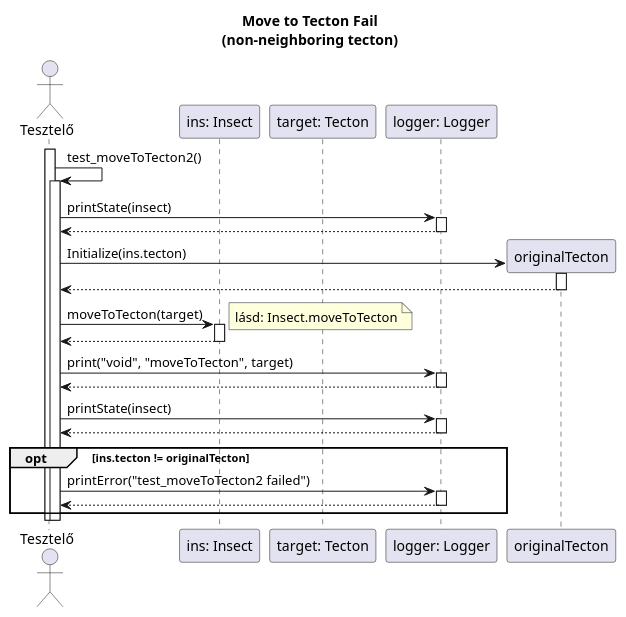
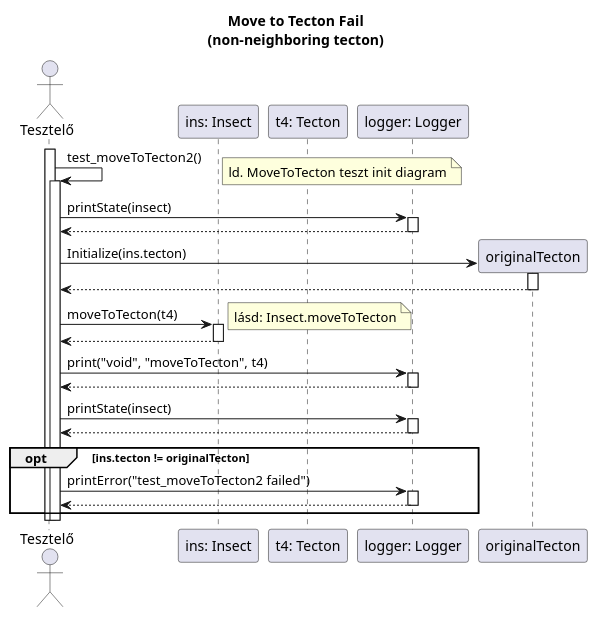
One commit to dzsem/projlab changed the diagram in diagrams/test-sequence/insect/moveToTecton2.plantuml. Above: the diagram before and after it, drawn with PlantUML. The commit also changed 5 other files, not shown here.

```diff
--- a/diagrams/test-sequence/insect/moveToTecton2.plantuml
+++ b/diagrams/test-sequence/insect/moveToTecton2.plantuml
@@ -1,57 +1,58 @@
 @startuml test_moveToTecton2
 
 title Move to Tecton Fail\n(non-neighboring tecton)
 
 actor "Tesztelő" as t
 participant "ins: Insect" as i
-participant "target: Tecton" as target
+participant "t4: Tecton" as t4
 participant "logger: Logger" as logger
 
 activate t
 t -> t: test_moveToTecton2()
+note right: ld. MoveToTecton teszt init diagram
 activate t
 
 	t -> logger: printState(insect)
 	activate logger
 
 	t <-- logger
 	deactivate logger
 
 	create originalTecton
 	t -> originalTecton: Initialize(ins.tecton)
 	activate originalTecton
 
 	t <-- originalTecton
 	deactivate originalTecton
 
-	t -> i: moveToTecton(target)
+	t -> i: moveToTecton(t4)
 	activate i
 	note right: lásd: Insect.moveToTecton
 
 	t <-- i
 	deactivate i
 
-	t -> logger: print("void", "moveToTecton", target)
+	t -> logger: print("void", "moveToTecton", t4)
 	activate logger
 
 	t <-- logger
 	deactivate logger
 
 	t -> logger: printState(insect)
 	activate logger
 	t <-- logger
 	deactivate logger
 
 	opt ins.tecton != originalTecton
 		t -> logger: printError("test_moveToTecton2 failed")
 		activate logger
 
 		t <-- logger
 		deactivate logger
 	end
 
 	deactivate t
 deactivate t
 
 
 @enduml
```
